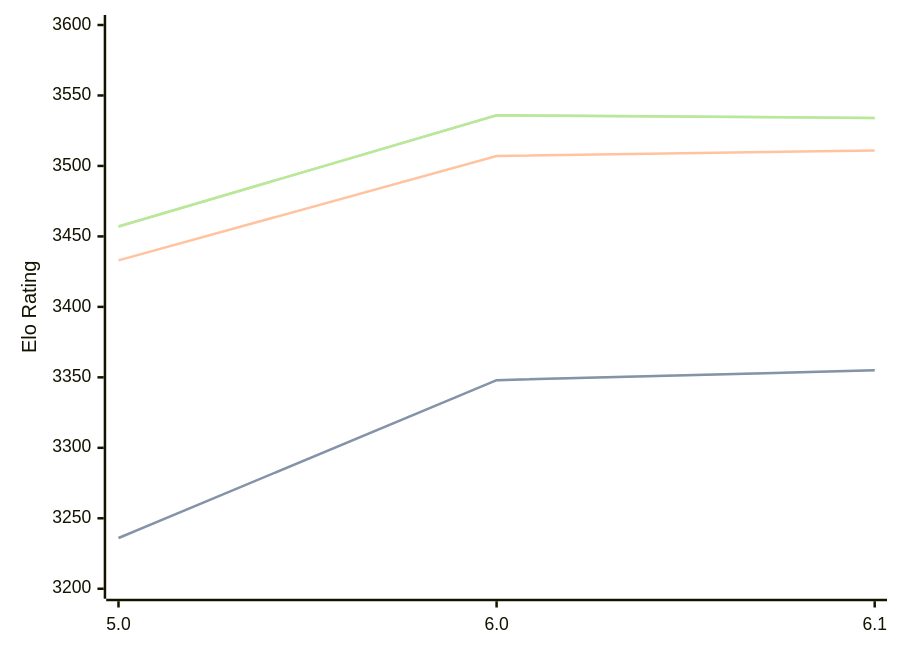
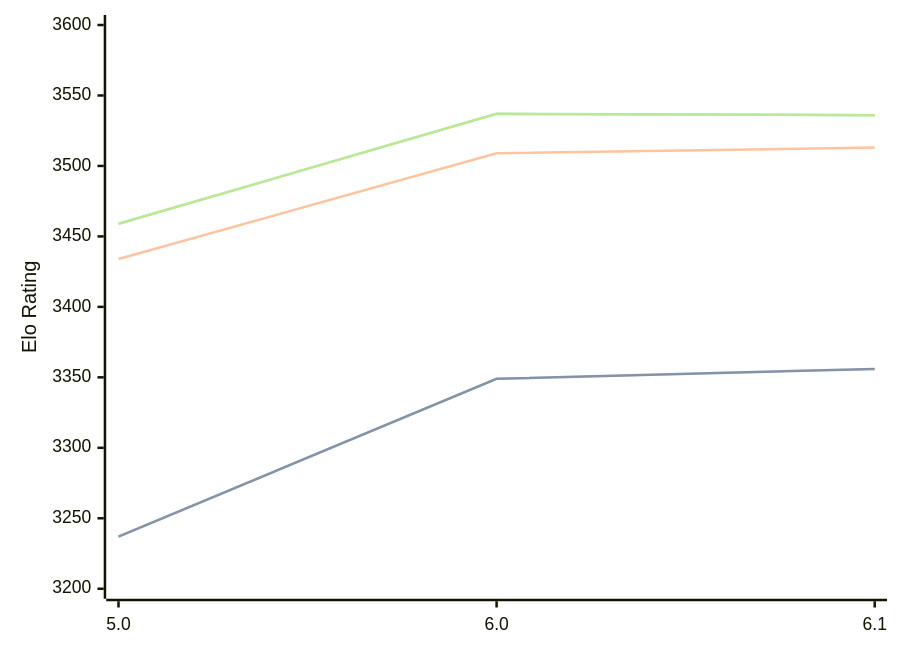
One commit to computer-chess-index/cci changed the diagram in engines/Starzix.md. Above: the diagram before and after it, drawn with Mermaid. The commit also changed other lines of this file, not shown here.

Commit message:
Update CCI Ratings (ELO VLTC) - 2026-03-29

````diff
--- a/engines/Starzix.md
+++ b/engines/Starzix.md
@@ -37,11 +37,11 @@
 ```mermaid
 %%{init: {"theme":"base","themeVariables":{"seriesColors:['#a3a3a3','#222221','#faa371']}}}%%
 xychart-beta
   x-axis ["5.0", "6.0", "6.1"]
   y-axis "Elo Rating" 3200 --> 3600
-  line "STC (8.0+0.08s)" [3236, 3348, 3355]
-  line "STC (8.0+0.08s)" [3236, 3348, 3355]
-  line "LTC (60.0+0.60s)" [3433, 3507, 3511]
-  line "VLTC (2m24s+1.12s)" [3457, 3536, 3534]
-  line "VLTC (2m24s+1.12s)" [3457, 3536, 3534]
+  line "STC (8.0+0.08s)" [3237, 3349, 3356]
+  line "STC (8.0+0.08s)" [3237, 3349, 3356]
+  line "LTC (60.0+0.60s)" [3434, 3509, 3513]
+  line "VLTC (2m24s+1.12s)" [3459, 3537, 3536]
+  line "VLTC (2m24s+1.12s)" [3459, 3537, 3536]
 ```
````
